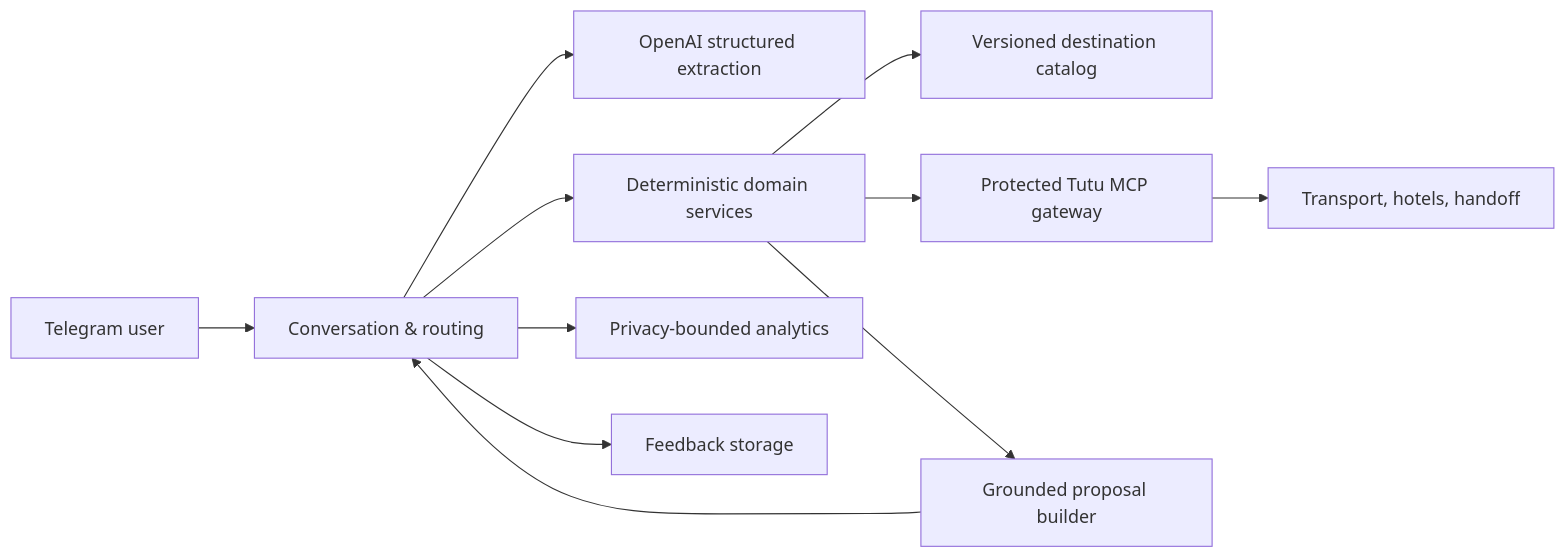
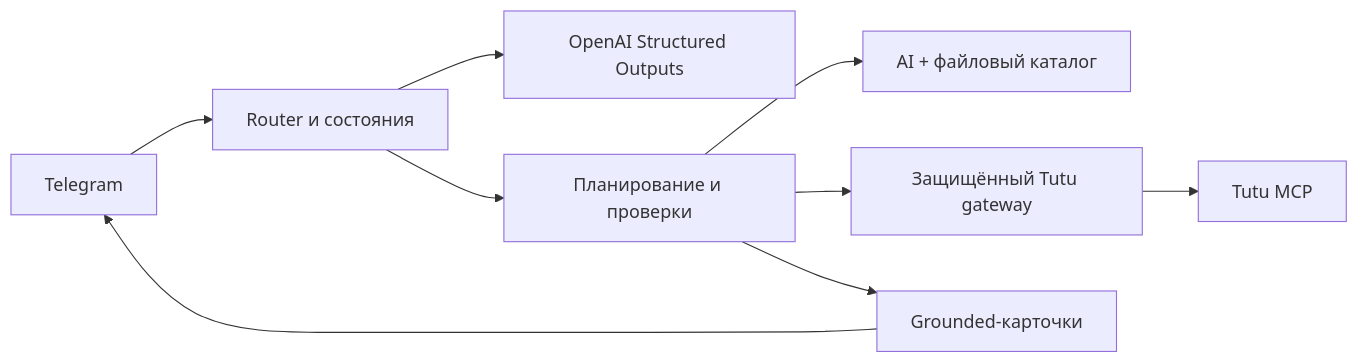
One commit to turhanow/tutu-assistant changed the diagram in README.md. Above: the diagram before and after it, drawn with Mermaid. The commit also changed other lines of this file and 18 other files, not shown here.

````diff
--- a/README.md
+++ b/README.md
@@ -72,13 +40,11 @@
 ```mermaid
 flowchart LR
-    U[Telegram user] --> B[Conversation & routing]
-    B --> AI[OpenAI structured extraction]
-    B --> D[Deterministic domain services]
-    D --> C[Versioned destination catalog]
-    D --> P[Protected Tutu MCP gateway]
-    P --> T[Transport, hotels, handoff]
-    D --> G[Grounded proposal builder]
-    G --> B
-    B --> A[Privacy-bounded analytics]
-    B --> F[Feedback storage]
+    U[Telegram] --> B[Router и состояния]
+    B --> O[OpenAI Structured Outputs]
+    B --> S[Планирование и проверки]
+    S --> C[AI + файловый каталог]
+    S --> G[Защищённый Tutu gateway]
+    G --> T[Tutu MCP]
+    S --> R[Grounded-карточки]
+    R --> U
 ```
````
